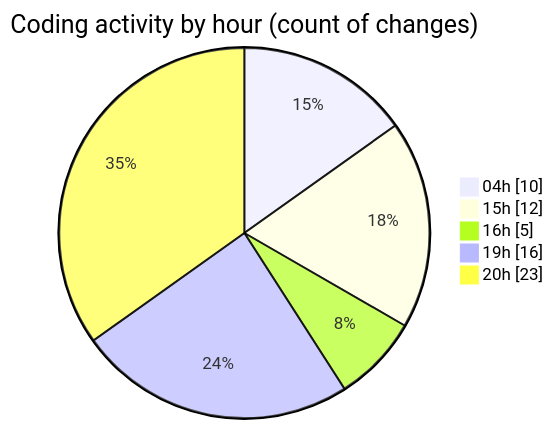
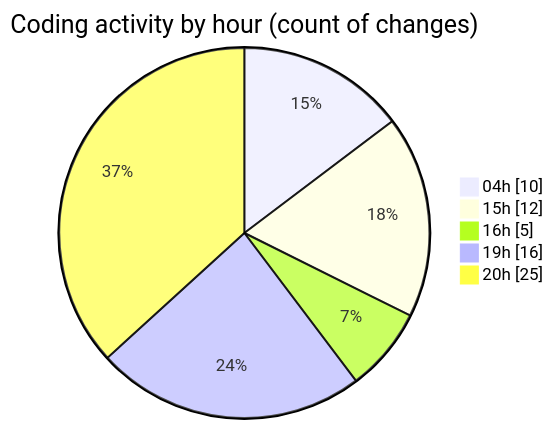
One commit to charlie-sans/code-tracking changed the second of 2 diagrams in 2025-03-17/sharpmasm/README.md. Above: the diagram before and after it, drawn with Mermaid. The commit also changed other lines of this file and 1 other file, not shown here.

````diff
--- a/2025-03-17/sharpmasm/README.md
+++ b/2025-03-17/sharpmasm/README.md
@@ -37,9 +37,9 @@
 ```mermaid
 pie showData
 title Coding activity by hour (count of changes)
 "04h" : 10
 "15h" : 12
 "16h" : 5
 "19h" : 16
-"20h" : 23
+"20h" : 25
 ```
````
